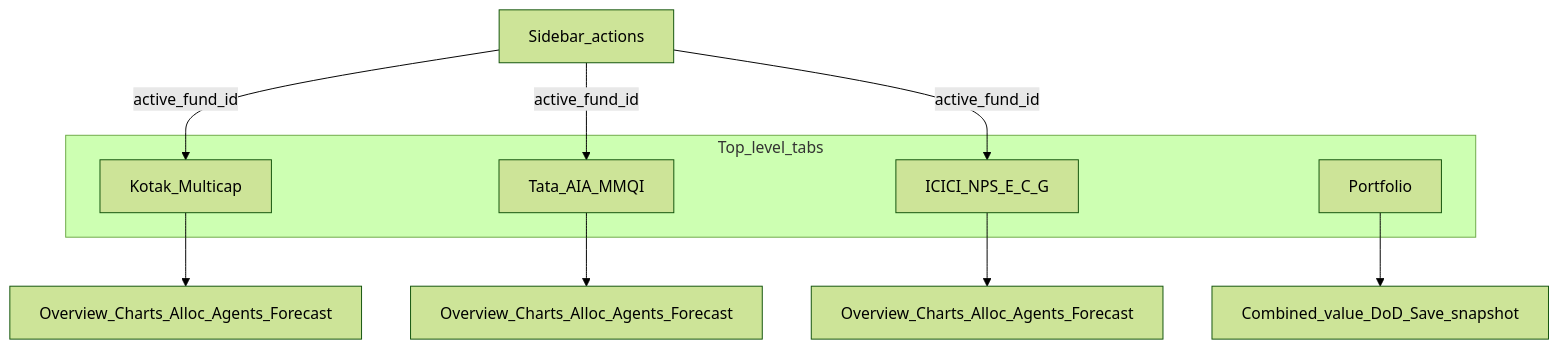
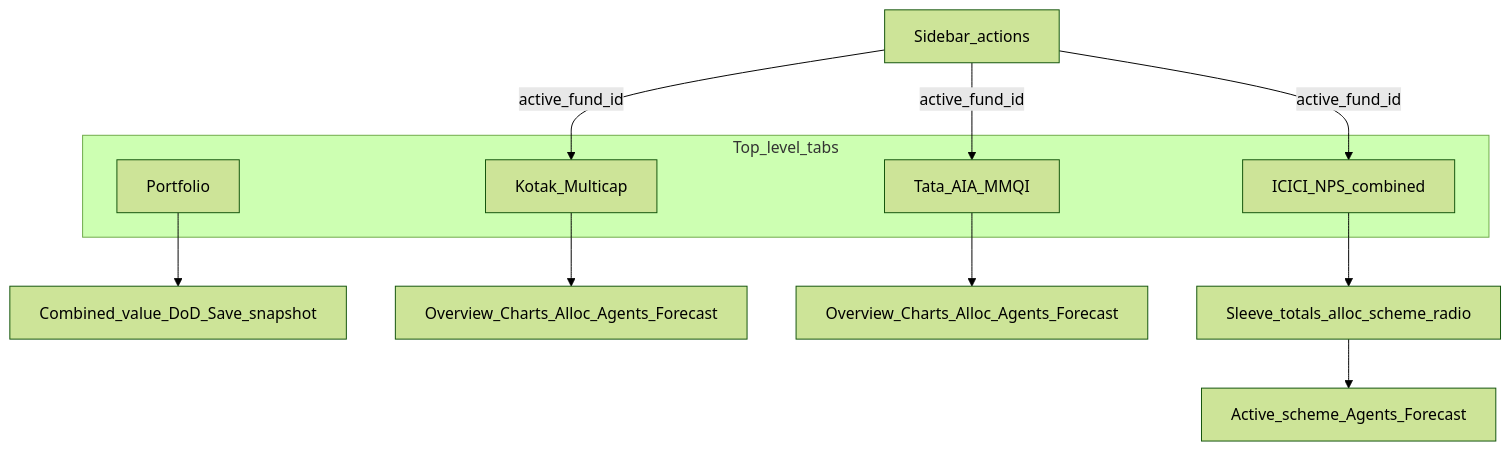
One commit to psunil0001-sys/revops changed the first of 7 diagrams in README.md. Above: the diagram before and after it, drawn with Mermaid (forest theme). The commit also changed other lines of this file and 4 other files, not shown here.

Commit message:
Combine ICICI NPS dashboard and refresh UI

````diff
--- a/README.md
+++ b/README.md
@@ -105,16 +107,17 @@
 ```mermaid
 flowchart TB
   subgraph top [Top_level_tabs]
     P[Portfolio]
     K[Kotak_Multicap]
     T[Tata_AIA_MMQI]
-    N[ICICI_NPS_E_C_G]
+    N[ICICI_NPS_combined]
   end
   P --> snap[Combined_value_DoD_Save_snapshot]
   K --> secs1[Overview_Charts_Alloc_Agents_Forecast]
   T --> secs2[Overview_Charts_Alloc_Agents_Forecast]
-  N --> secs3[Overview_Charts_Alloc_Agents_Forecast]
+  N --> sleeve[Sleeve_totals_alloc_scheme_radio]
+  sleeve --> secs3[Active_scheme_Agents_Forecast]
   sidebar[Sidebar_actions] -->|"active_fund_id"| K
   sidebar -->|"active_fund_id"| T
   sidebar -->|"active_fund_id"| N
 ```
````
